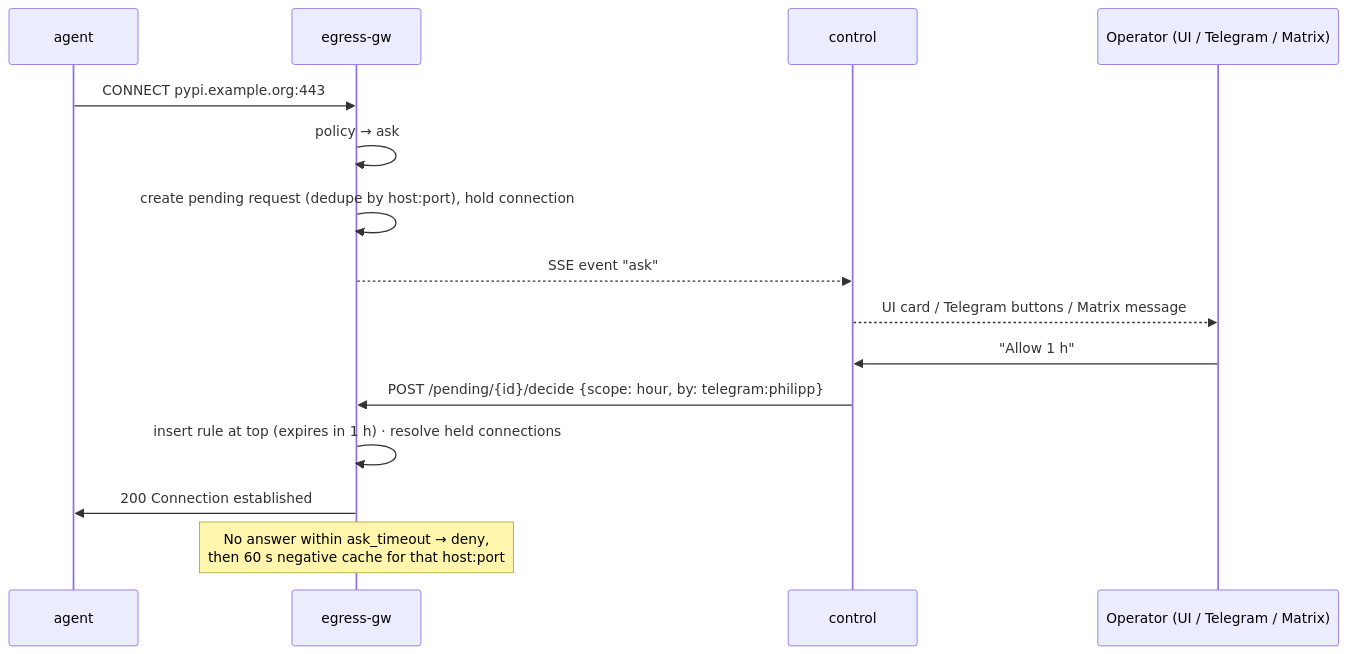
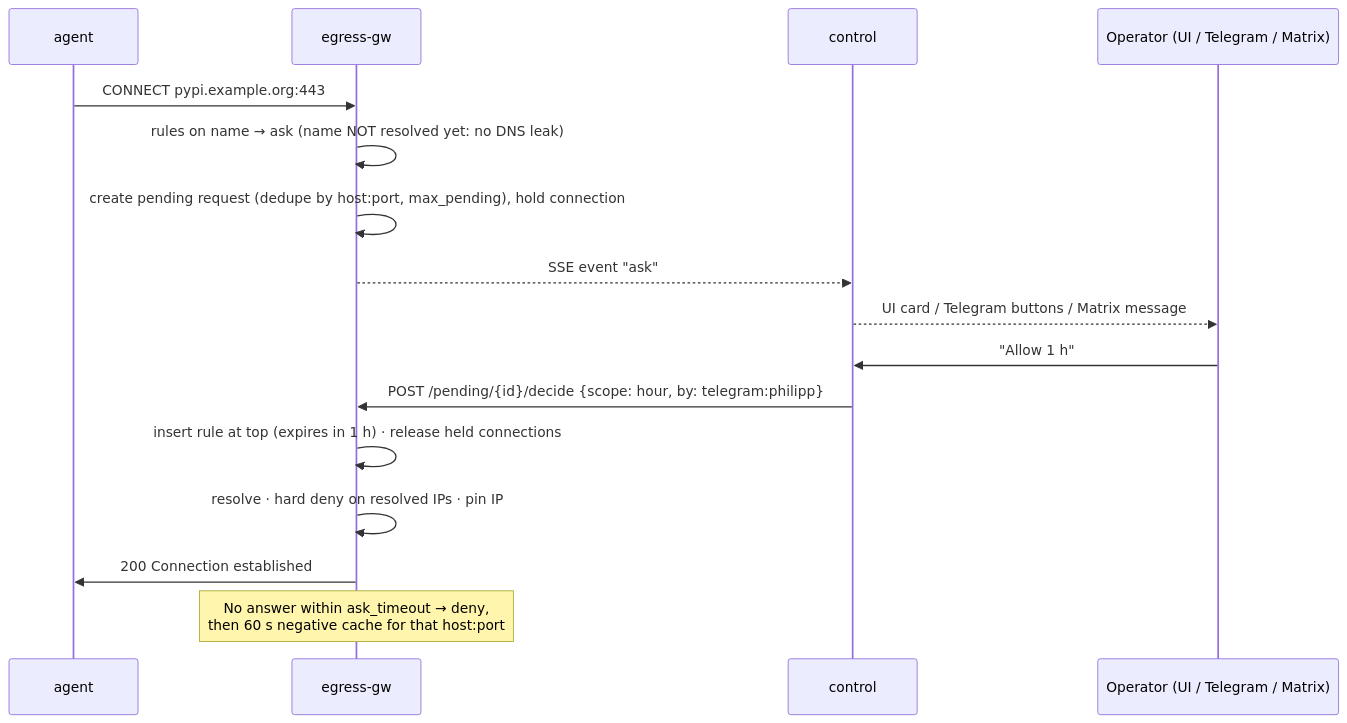
The fourth of 5 diagrams in docs/architecture.md (PhilippMundhenk/tallygate), drawn with Mermaid before and after one commit. The commit also changed other lines of this file and 50 other files, not shown here.

````diff
--- a/docs/architecture.md
+++ b/docs/architecture.md
@@ -127,17 +128,18 @@
 ```mermaid
 sequenceDiagram
     participant A as agent
     participant G as egress-gw
     participant C as control
     participant H as Operator (UI / Telegram / Matrix)
     A->>G: CONNECT pypi.example.org:443
-    G->>G: policy → ask
-    G->>G: create pending request (dedupe by host:port), hold connection
+    G->>G: rules on name → ask (name NOT resolved yet: no DNS leak)
+    G->>G: create pending request (dedupe by host:port, max_pending), hold connection
     G-->>C: SSE event "ask"
     C-->>H: UI card / Telegram buttons / Matrix message
     H->>C: "Allow 1 h"
     C->>G: POST /pending/{id}/decide {scope: hour, by: telegram:philipp}
-    G->>G: insert rule at top (expires in 1 h) · resolve held connections
+    G->>G: insert rule at top (expires in 1 h) · release held connections
+    G->>G: resolve · hard deny on resolved IPs · pin IP
     G->>A: 200 Connection established
     Note over G: No answer within ask_timeout → deny,<br/>then 60 s negative cache for that host:port
 ```
````
